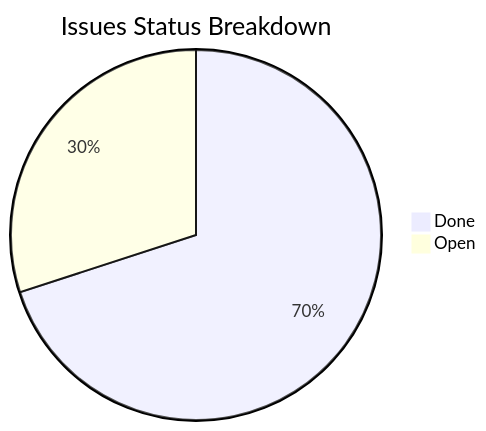
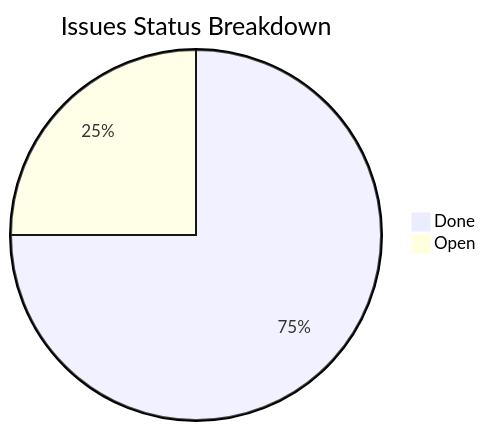
The diagram in .along/DASHBOARD.md (actdim/agents), drawn with Mermaid before and after one commit. The commit also changed other lines of this file and 11 other files, not shown here.

````diff
--- a/.along/DASHBOARD.md
+++ b/.along/DASHBOARD.md
@@ -19,5 +19,5 @@
 ```mermaid
 pie title Issues Status Breakdown
-    "Done" : 14
-    "Open" : 6
+    "Done" : 15
+    "Open" : 5
 ```
````
